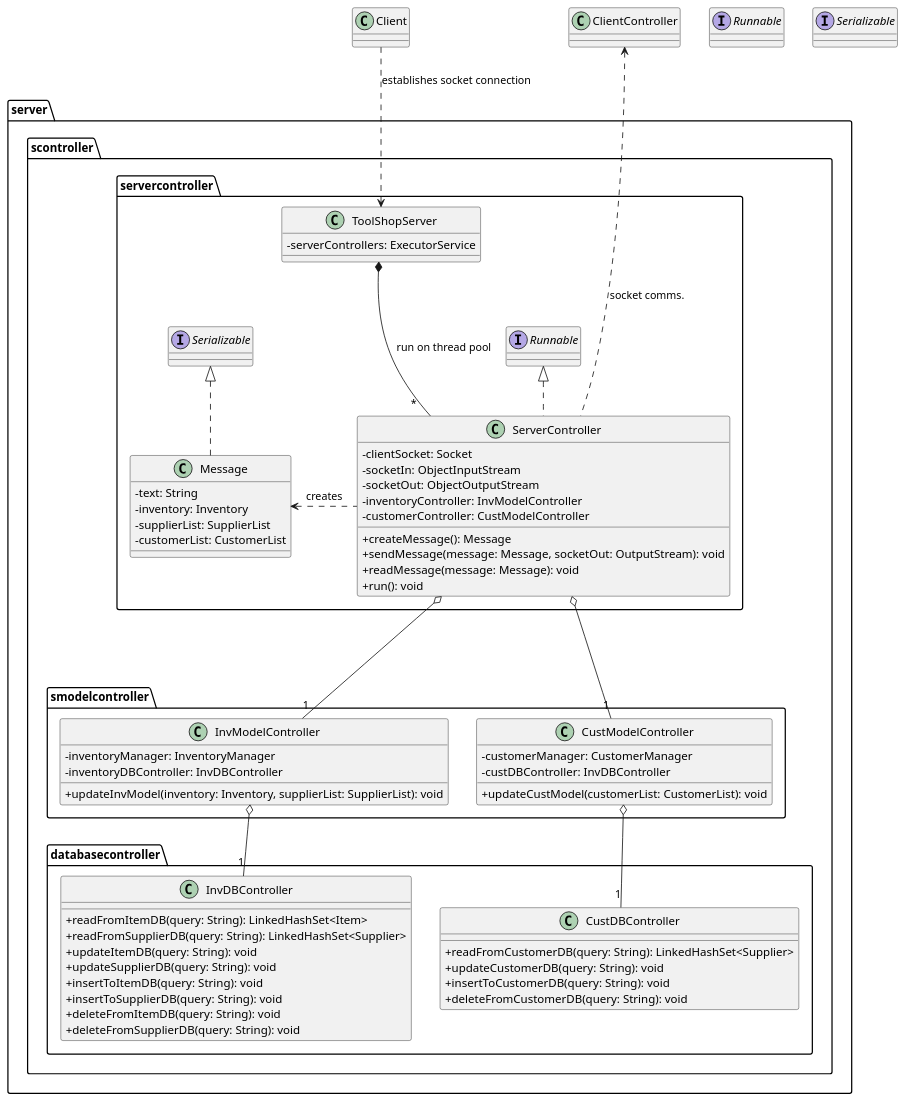
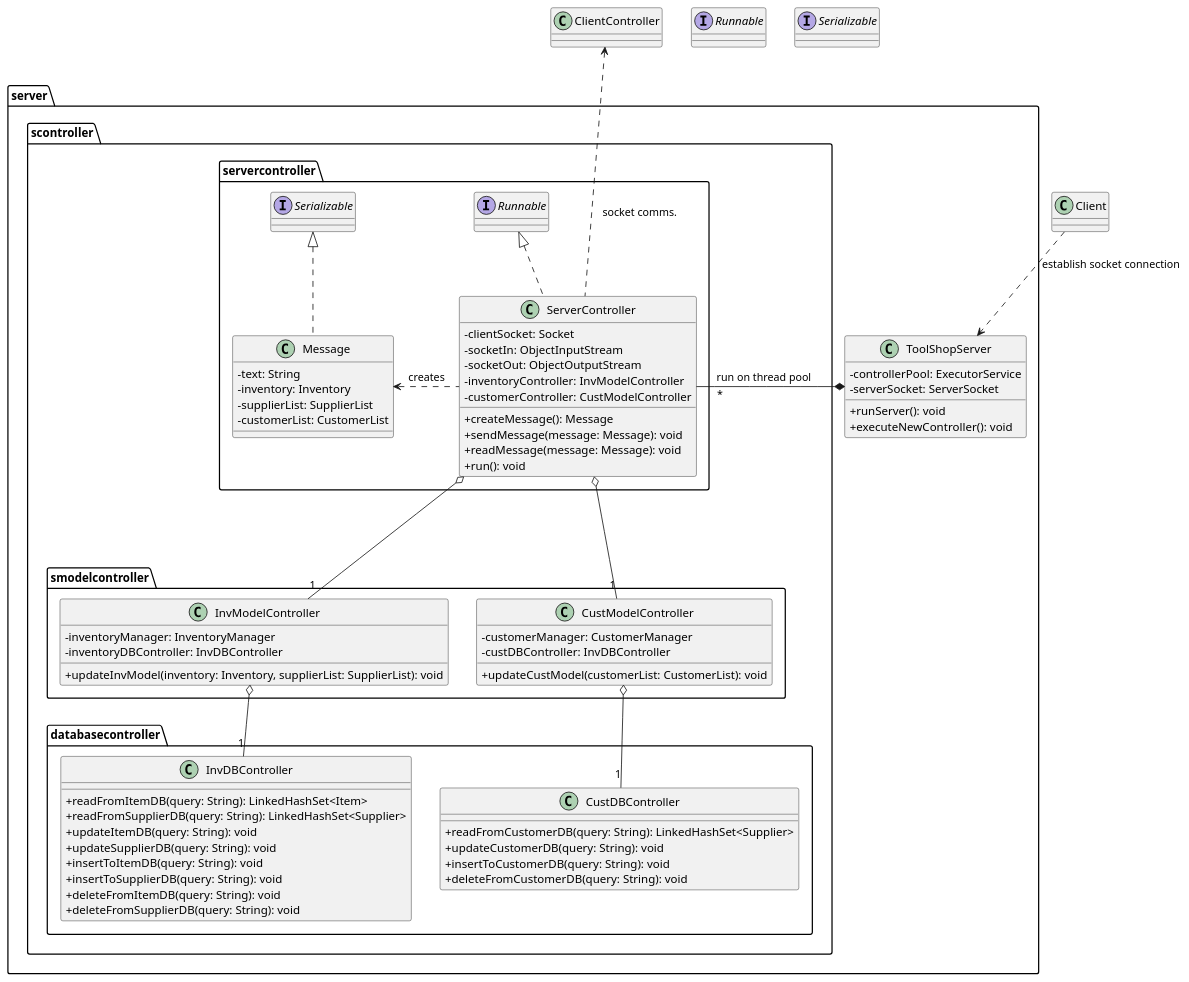
The second of 2 diagrams in pre-project/server-uml.md (patrickronn/tool-shop-inventory-management-application), drawn with PlantUML before and after one commit. The commit also changed other lines of this file and 2 other files, not shown here.

Commit message:
Updated client uml and server uml

```diff
--- a/pre-project/server-uml.md
+++ b/pre-project/server-uml.md
@@ -98,6 +97,13 @@
 
 
 package server {
+    class ToolShopServer {
+        -controllerPool: ExecutorService
+        -serverSocket: ServerSocket
+        +runServer(): void
+        +executeNewController(): void
+    }
+
     package scontroller {
         package servercontroller {
             /'
@@ -132,14 +138,12 @@
                 -inventoryController: InvModelController
                 -customerController: CustModelController
                 +createMessage(): Message
-                +sendMessage(message: Message, socketOut: OutputStream): void
+                +sendMessage(message: Message): void
                 +readMessage(message: Message): void
                 +run(): void
             }
 
-            class ToolShopServer {
-                -serverControllers: ExecutorService
-            }
+
 
             class Message implements Serializable {
                 -text: String
@@ -189,12 +193,12 @@
     InvModelController o-- "1" InvDBController
     CustModelController o-- "1" CustDBController
 
-    ToolShopServer *--- " *  " ServerController : run on thread pool
+    ToolShopServer *- "     *  " ServerController : "  run on thread pool       "
 
 }
 
-    Client ..> ToolShopServer : establishes socket connection
-    ClientController <.... ServerController : socket comms.
+    Client ..> ToolShopServer : establish socket connection
+    ClientController <... ServerController : socket comms.
 
 
 @enduml
```
